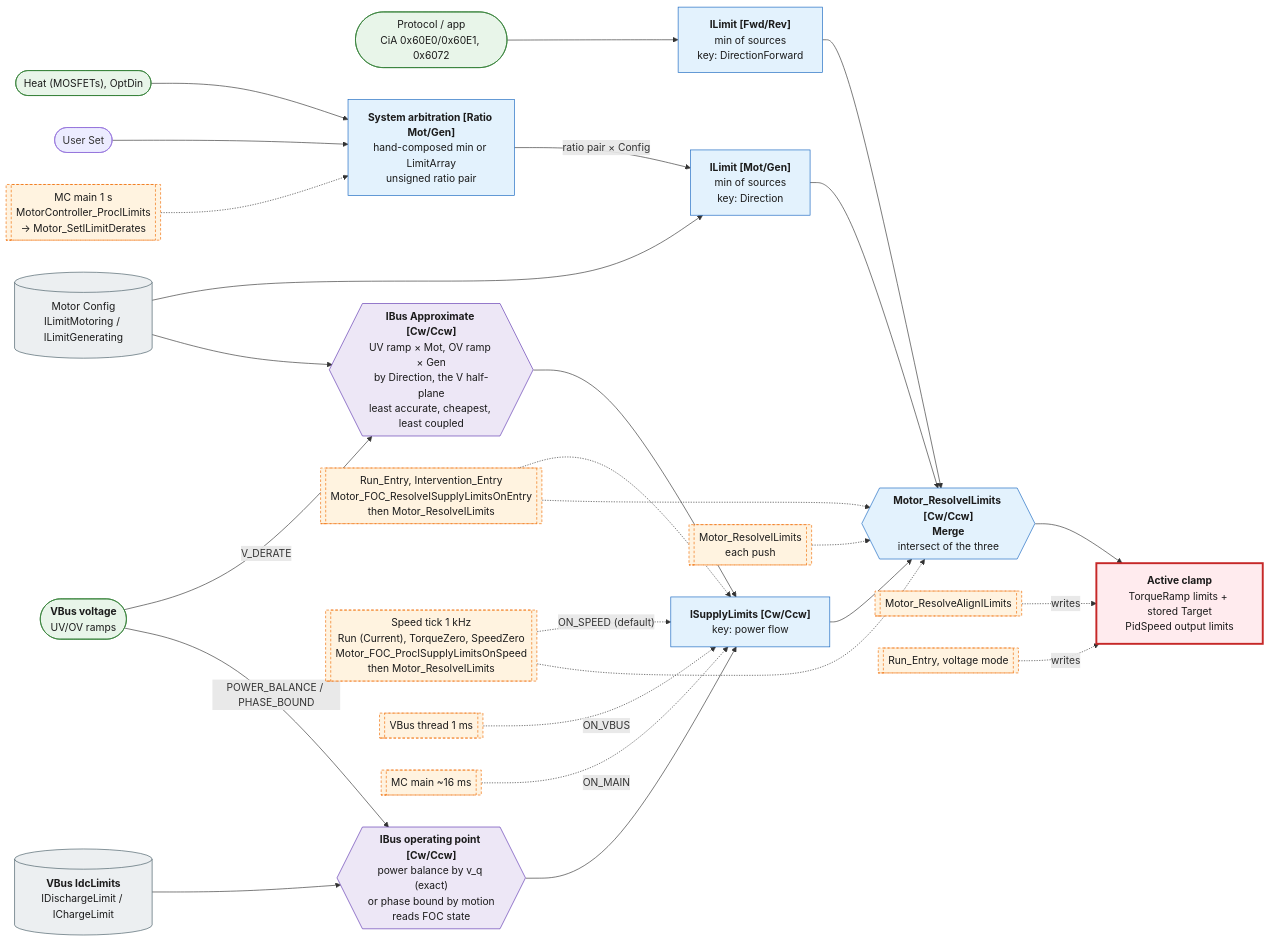
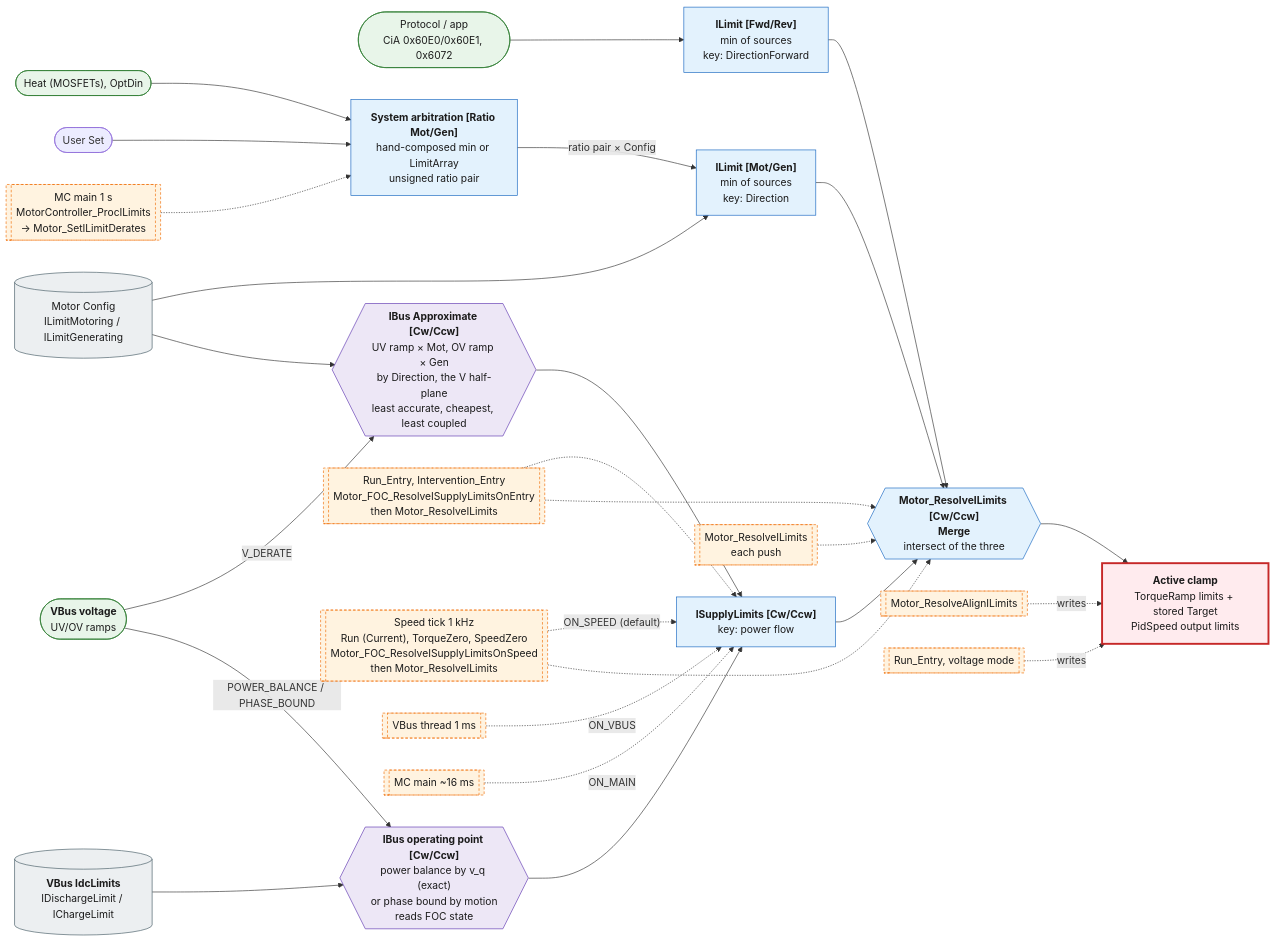
One commit to FireSourcery/FireSourcery_Library changed the diagram in Motor/Docs/ILimitsRouting.md. Above: the diagram before and after it, drawn with Mermaid. The commit also changed 41 other files, not shown here.

````diff
--- a/Motor/Docs/ILimitsRouting.md
+++ b/Motor/Docs/ILimitsRouting.md
@@ -3,75 +3,75 @@
 ```mermaid
 flowchart LR
     %% Live limit sources
     SYS(["Heat (MOSFETs), OptDin"])
     USER(["User Set"])
     PRO(["Protocol / app<br/>CiA 0x60E0/0x60E1, 0x6072"])
     VB(["<b>VBus voltage</b><br/>UV/OV ramps"])
 
     %% Stored limits
     CFG[("Motor Config<br/>ILimitMotoring / ILimitGenerating")]
     IDC[("<b>VBus IdcLimits</b><br/>IDischargeLimit / IChargeLimit")]
 
     %% Frame conversions
     PB{{"<b>IBus operating point [Cw/Ccw]</b><br/>power balance by v_q (exact)<br/>or phase bound by motion<br/>reads FOC state"}}
     VD{{"<b>IBus Approximate [Cw/Ccw]</b><br/>UV ramp × Mot, OV ramp × Gen<br/>by Direction, the V half-plane<br/>least accurate, cheapest, least coupled"}}
     GET{{"<b>Motor_ResolveILimits [Cw/Ccw]</b><br/><b>Merge</b><br/>intersect of the three"}}
 
     %% Merge points
     ARB["<b>System arbitration [Ratio Mot/Gen]</b><br/>hand-composed min or LimitArray<br/>unsigned ratio pair"]
     PAIR["<b>ILimit [Mot/Gen]</b><br/>min of sources<br/>key: Direction"]
     DIR["<b>ILimit [Fwd/Rev]</b><br/>min of sources<br/>key: DirectionForward"]
     WIN["<b>ISupplyLimits [Cw/Ccw]</b><br/>key: power flow"]
 
     %% Active clamp
     SLOT["<b>Active clamp</b><br/>TorqueRamp limits + stored Target<br/>PidSpeed output limits"]
 
     %% Limit data flow
     SYS --> ARB
     USER --> ARB
     VB -->|V_DERATE| VD --> WIN
     VB -->|"POWER_BALANCE / PHASE_BOUND"| PB --> WIN
     IDC --> PB
     ARB -->|"ratio pair × Config"| PAIR
     CFG --> PAIR
     CFG --> VD
     PRO --> DIR
     PAIR --> GET
     DIR --> GET
     WIN --> GET
     GET --> SLOT
 
     %% Call sites
     C1S[["MC main 1 s<br/>MotorController_ProcILimits<br/>→ Motor_SetILimitDerates"]]
     ENT[["Run_Entry, Intervention_Entry<br/>Motor_FOC_ResolveISupplyLimitsOnEntry<br/>then Motor_ResolveILimits"]]
-    TICK[["Speed tick 1 kHz<br/>Run (Current), TorqueZero, SpeedZero<br/>Motor_FOC_ProcISupplyLimitsOnSpeed<br/>then Motor_ResolveILimits"]]
+    TICK[["Speed tick 1 kHz<br/>Run (Current), TorqueZero, SpeedZero<br/>Motor_FOC_ResolveISupplyLimitsOnSpeed<br/>then Motor_ResolveILimits"]]
     CVB[["VBus thread 1 ms"]]
     MC10[["MC main ~16 ms"]]
     RES[["Motor_ResolveILimits<br/>each push"]]
     AL[["Motor_ResolveAlignILimits"]]
     VM[["Run_Entry, voltage mode"]]
 
     C1S -.-> ARB
     ENT -.-> WIN
     ENT -.-> GET
     TICK -.->|"ON_SPEED (default)"| WIN
     TICK -.-> GET
     CVB -.->|ON_VBUS| WIN
     MC10 -.->|ON_MAIN| WIN
     RES -.-> GET
     AL -.->|writes| SLOT
     VM -.->|writes| SLOT
 
     classDef source fill:#e8f5e9,stroke:#2e7d32,color:#1b1b1b
     classDef storage fill:#eceff1,stroke:#455a64,color:#1b1b1b
     classDef convert fill:#ede7f6,stroke:#5e35b1,color:#1b1b1b
     classDef merge fill:#e3f2fd,stroke:#1565c0,color:#1b1b1b
     classDef clamp fill:#ffebee,stroke:#c62828,color:#1b1b1b,stroke-width:3px
     classDef callsite fill:#fff3e0,stroke:#ef6c00,color:#1b1b1b,stroke-dasharray:4 3
     class SYS,PRO,VB source
     class CFG,IDC storage
     class PB,VD convert
     class ARB,PAIR,DIR,WIN,GET merge
     class SLOT clamp
     class C1S,ENT,TICK,CVB,MC10,RES,AL,VM callsite
 ```
````
